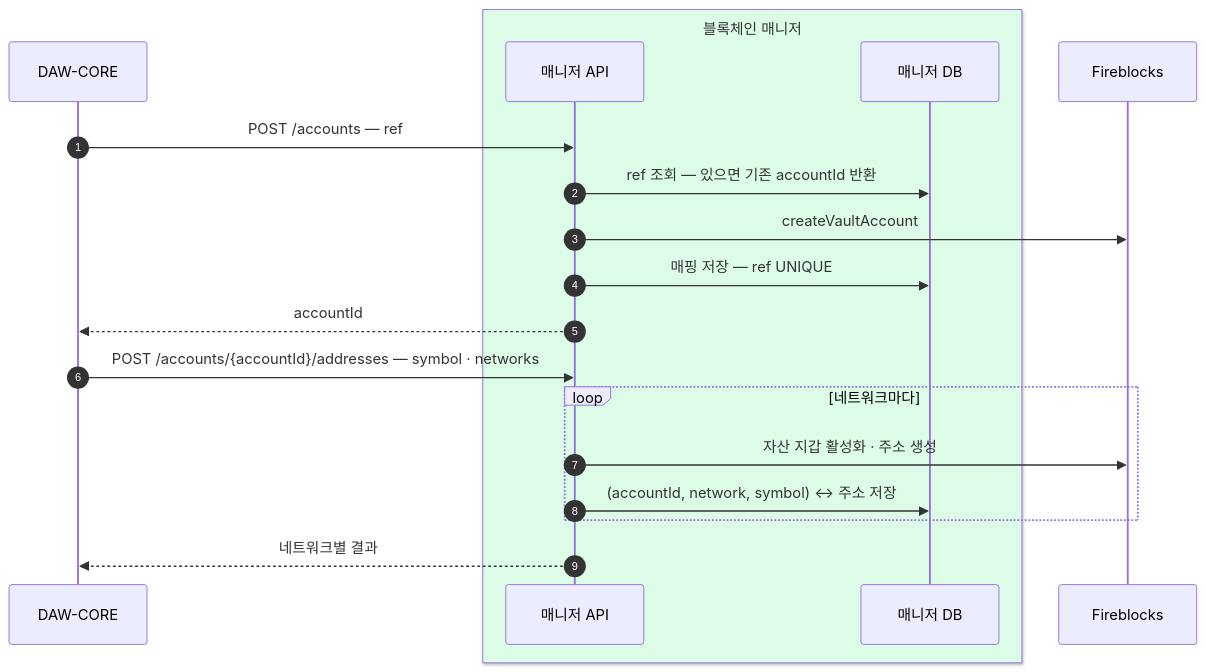
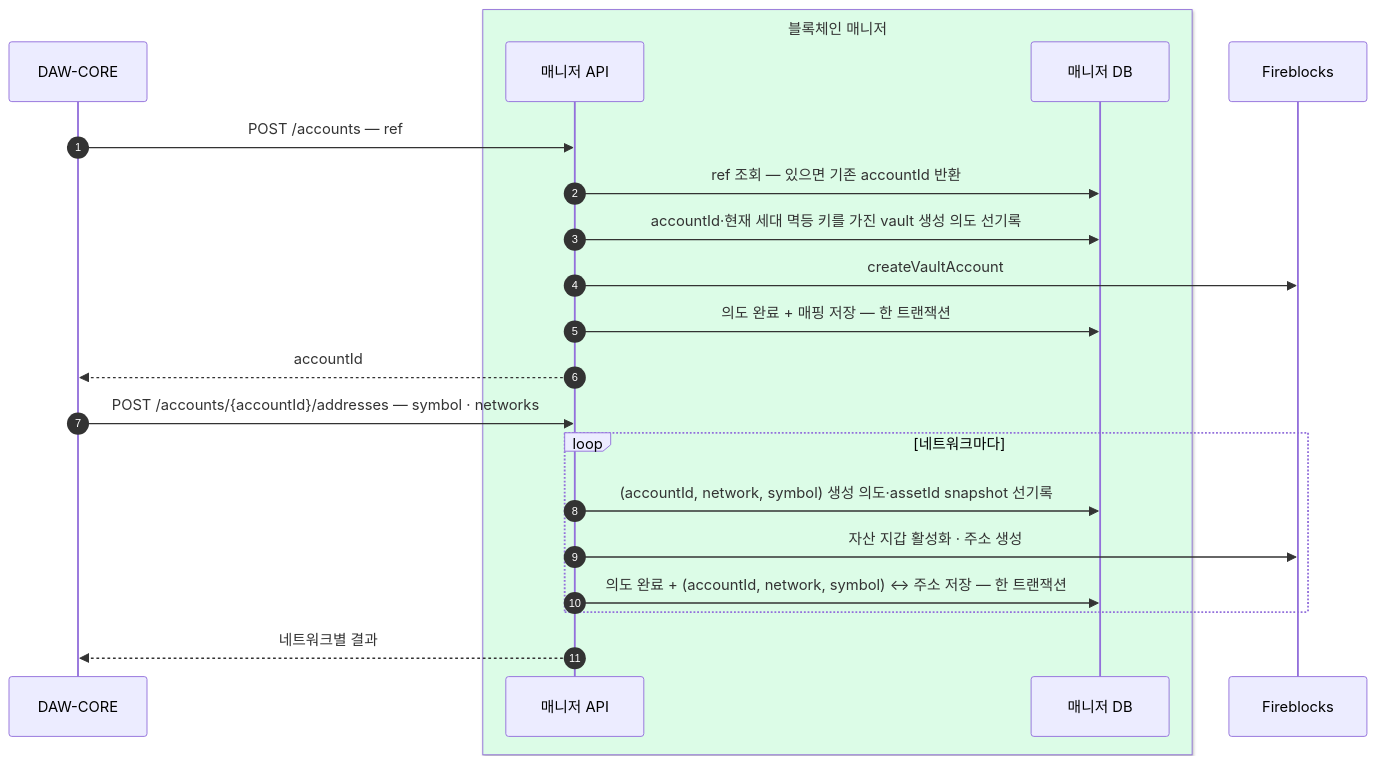
One commit to eunsujeo/fireblocks-test changed the first of 7 diagrams in docs/design/02-bcm-flow.md. Above: the diagram before and after it, drawn with Mermaid. The commit also changed other lines of this file and 28 other files, not shown here.

````diff
--- a/docs/design/02-bcm-flow.md
+++ b/docs/design/02-bcm-flow.md
@@ -20,22 +20,24 @@
 ```mermaid
 sequenceDiagram
     autonumber
     participant BE as DAW-CORE
     box rgb(220,252,231) 블록체인 매니저
     participant BM as 매니저 API
     participant MDB as 매니저 DB
     end
     participant FB as Fireblocks
 
     BE->>BM: POST /accounts — ref
     BM->>MDB: ref 조회 — 있으면 기존 accountId 반환
+    BM->>MDB: accountId·현재 세대 멱등 키를 가진 vault 생성 의도 선기록
     BM->>FB: createVaultAccount
-    BM->>MDB: 매핑 저장 — ref UNIQUE
+    BM->>MDB: 의도 완료 + 매핑 저장 — 한 트랜잭션
     BM-->>BE: accountId
     BE->>BM: POST /accounts/{accountId}/addresses — symbol · networks
     loop 네트워크마다
+        BM->>MDB: (accountId, network, symbol) 생성 의도·assetId snapshot 선기록
         BM->>FB: 자산 지갑 활성화 · 주소 생성
-        BM->>MDB: (accountId, network, symbol) ↔ 주소 저장
+        BM->>MDB: 의도 완료 + (accountId, network, symbol) ↔ 주소 저장 — 한 트랜잭션
     end
     BM-->>BE: 네트워크별 결과
 ```
````
